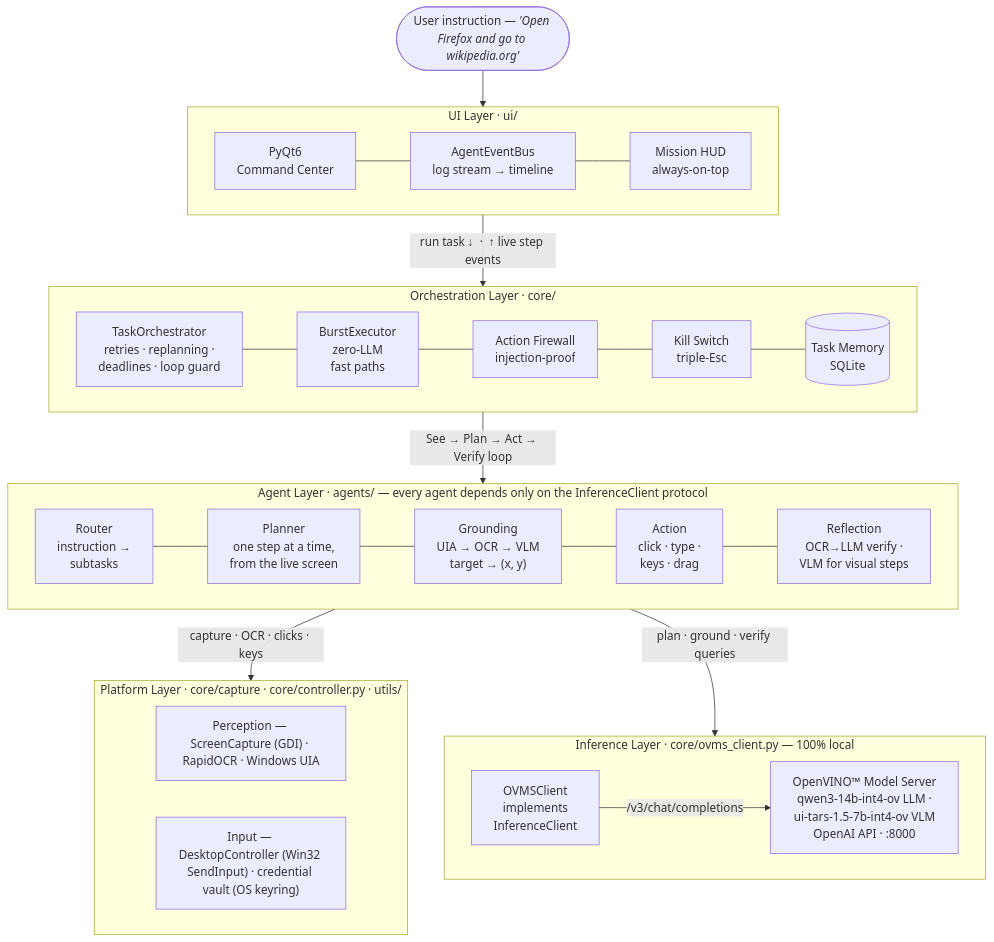
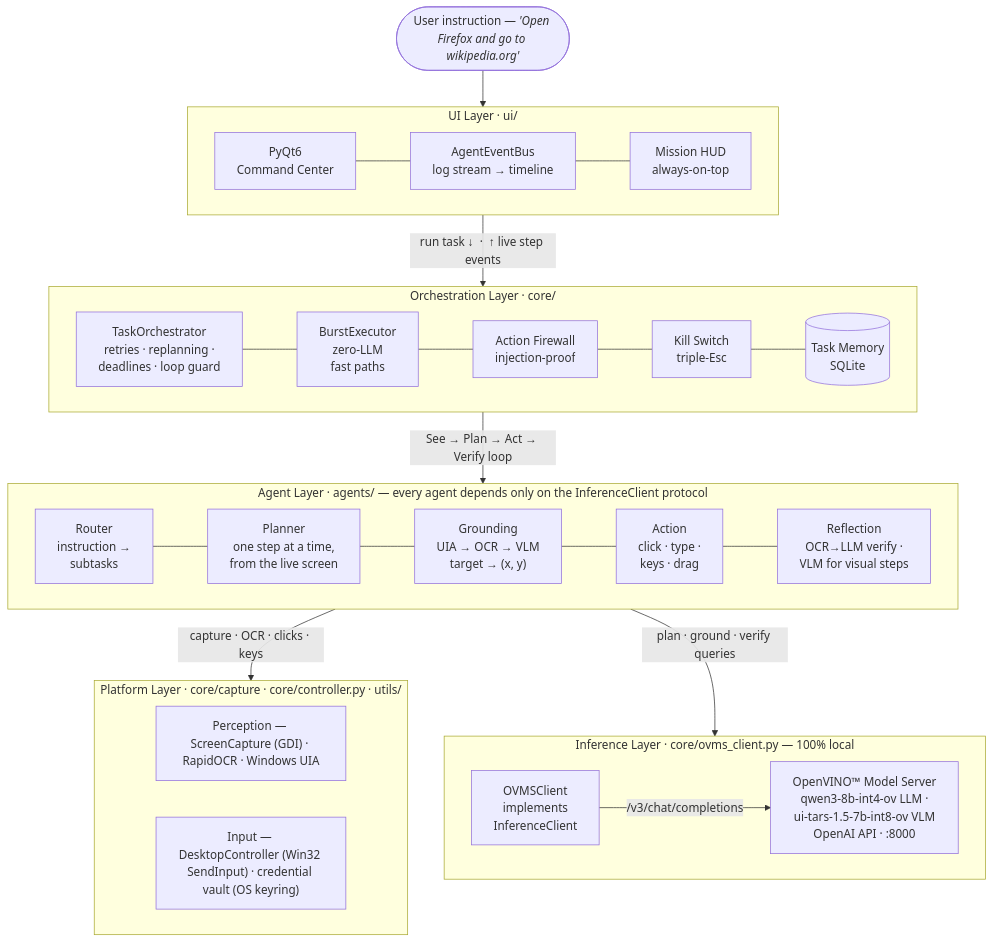
Before and after one commit to Shehrozkashif/OpenVINO-Autonomous-GUI-Agent: the diagram in README.md, drawn with Mermaid. The commit also changed other lines of this file and 14 other files, not shown here.

First line of the commit message:
slim to MVP: drop browser support, split deps, 8B LLM + INT8 UI-TARS

````diff
--- a/README.md
+++ b/README.md
@@ -92,51 +92,51 @@
 ```mermaid
 flowchart TB
     USER(["User instruction — <i>'Open Firefox and go to wikipedia.org'</i>"])
 
     subgraph UI_LAYER["&nbsp;UI Layer · ui/&nbsp;"]
         direction LR
         GUI["PyQt6<br/>Command Center"]
         EVBUS["AgentEventBus<br/>log stream → timeline"]
         HUD["Mission HUD<br/>always-on-top"]
         GUI --- EVBUS --- HUD
     end
 
     subgraph ORCH_LAYER["&nbsp;Orchestration Layer · core/&nbsp;"]
         direction LR
         ORCH["TaskOrchestrator<br/>retries · replanning ·<br/>deadlines · loop guard"]
         BURST["BurstExecutor<br/>zero-LLM<br/>fast paths"]
         FIREWALL["Action Firewall<br/>injection-proof"]
         KILL["Kill Switch<br/>triple-Esc"]
         MEMORY[("Task Memory<br/>SQLite")]
         ORCH --- BURST --- FIREWALL --- KILL --- MEMORY
     end
 
     subgraph AGENT_LAYER["&nbsp;Agent Layer · agents/ — every agent depends only on the InferenceClient protocol&nbsp;"]
         direction LR
         ROUTER["Router<br/>instruction →<br/>subtasks"]
         PLANNER["Planner<br/>one step at a time,<br/>from the live screen"]
         GROUND["Grounding<br/>UIA → OCR → VLM<br/>target → (x, y)"]
         ACTION["Action<br/>click · type ·<br/>keys · drag"]
         REFLECT["Reflection<br/>OCR→LLM verify ·<br/>VLM for visual steps"]
         ROUTER --- PLANNER --- GROUND --- ACTION --- REFLECT
     end
 
     subgraph PLATFORM_LAYER["&nbsp;Platform Layer · core/capture · core/controller.py · utils/&nbsp;"]
         direction LR
         PERCEPTION["Perception — ScreenCapture (GDI) · RapidOCR · Windows UIA"]
         INPUT["Input — DesktopController (Win32 SendInput) · credential vault (OS keyring)"]
     end
 
     subgraph INFER_LAYER["&nbsp;Inference Layer · core/ovms_client.py — 100% local&nbsp;"]
         direction LR
         CLIENT["OVMSClient<br/>implements<br/>InferenceClient"]
-        OVMS["OpenVINO™ Model Server<br/>qwen3-14b-int4-ov LLM ·<br/>ui-tars-1.5-7b-int4-ov VLM<br/>OpenAI API · :8000"]
+        OVMS["OpenVINO™ Model Server<br/>qwen3-8b-int4-ov LLM ·<br/>ui-tars-1.5-7b-int8-ov VLM<br/>OpenAI API · :8000"]
         CLIENT -- "/v3/chat/completions" --> OVMS
     end
 
     USER --> UI_LAYER
     UI_LAYER -- "run task ↓ &nbsp;·&nbsp; ↑ live step events" --> ORCH_LAYER
     ORCH_LAYER -- "See → Plan → Act → Verify loop" --> AGENT_LAYER
     AGENT_LAYER -- "capture · OCR · clicks · keys" --> PLATFORM_LAYER
     AGENT_LAYER -- "plan · ground · verify queries" --> INFER_LAYER
 ```
````
